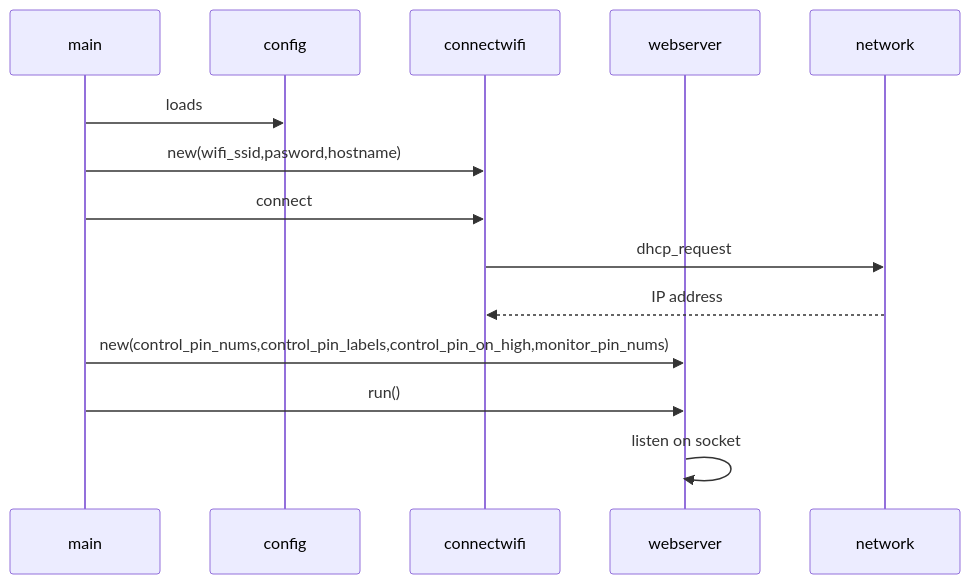
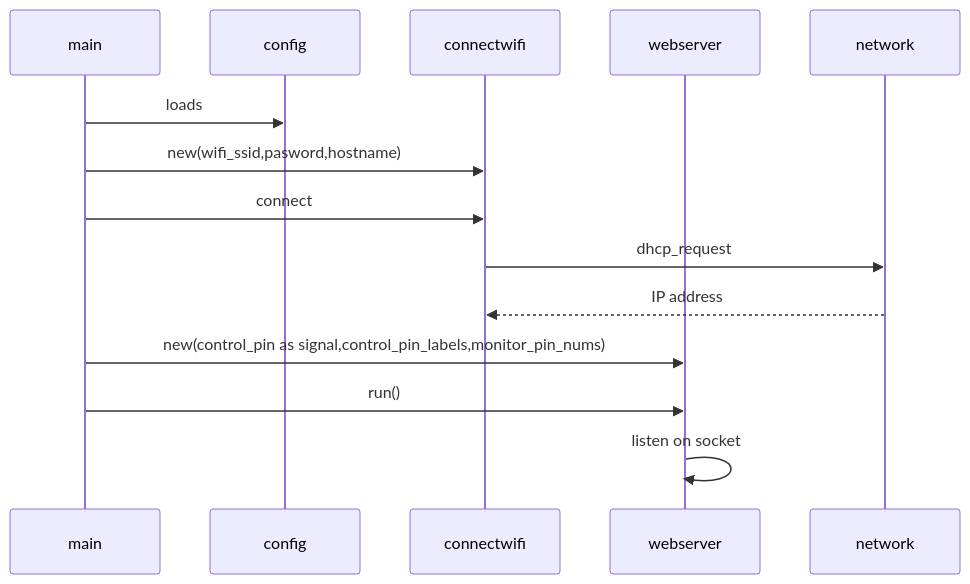
The third of 4 diagrams in README.md (freemansoft/ESP8266-MicroPython), drawn with Mermaid before and after one commit. The commit also changed other lines of this file and 4 other files, not shown here.

Commit message:
Use Signal() to control inversion. Not custom code

````diff
--- a/README.md
+++ b/README.md
@@ -145,17 +144,17 @@
 ```mermaid
 sequenceDiagram
     participant main
     participant config
     participant connectwifi
     participant webserver
     participant network
 
     main ->> config: loads
     main ->> connectwifi: new(wifi_ssid,pasword,hostname)
     main ->> connectwifi: connect
     connectwifi ->> network: dhcp_request
     network -->> connectwifi: IP address
-    main ->> webserver: new(control_pin_nums,control_pin_labels,control_pin_on_high,monitor_pin_nums)
+    main ->> webserver: new(control_pin as signal,control_pin_labels,monitor_pin_nums)
     main ->> webserver: run()
     webserver ->> webserver: listen on socket
 ```
````
